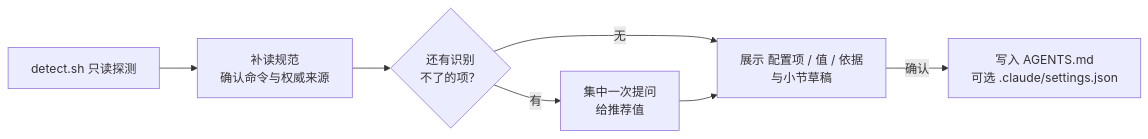
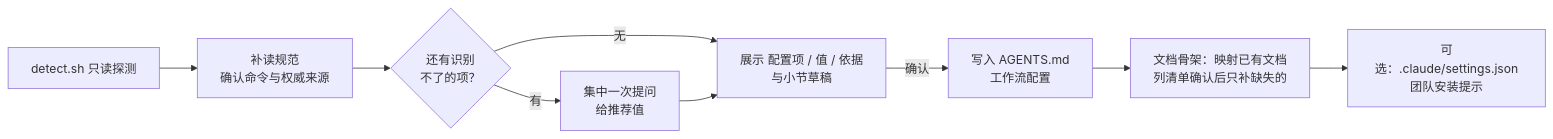
One commit to lvzhiyi/randian-ai-workflow-native changed the third of 9 diagrams in README.md. Above: the diagram before and after it, drawn with Mermaid. The commit also changed other lines of this file and 15 other files, not shown here.

````diff
--- a/README.md
+++ b/README.md
@@ -85,9 +85,11 @@
 ```mermaid
 flowchart LR
     A["detect.sh 只读探测"] --> B["补读规范<br/>确认命令与权威来源"]
     B --> C{"还有识别<br/>不了的项？"}
     C -->|有| D["集中一次提问<br/>给推荐值"]
     C -->|无| E
     D --> E["展示 配置项 / 值 / 依据<br/>与小节草稿"]
-    E -->|确认| F["写入 AGENTS.md<br/>可选 .claude/settings.json"]
+    E -->|确认| F["写入 AGENTS.md<br/>工作流配置"]
+    F --> G["文档骨架：映射已有文档<br/>列清单确认后只补缺失的"]
+    G --> H["可选：.claude/settings.json<br/>团队安装提示"]
 ```
````
